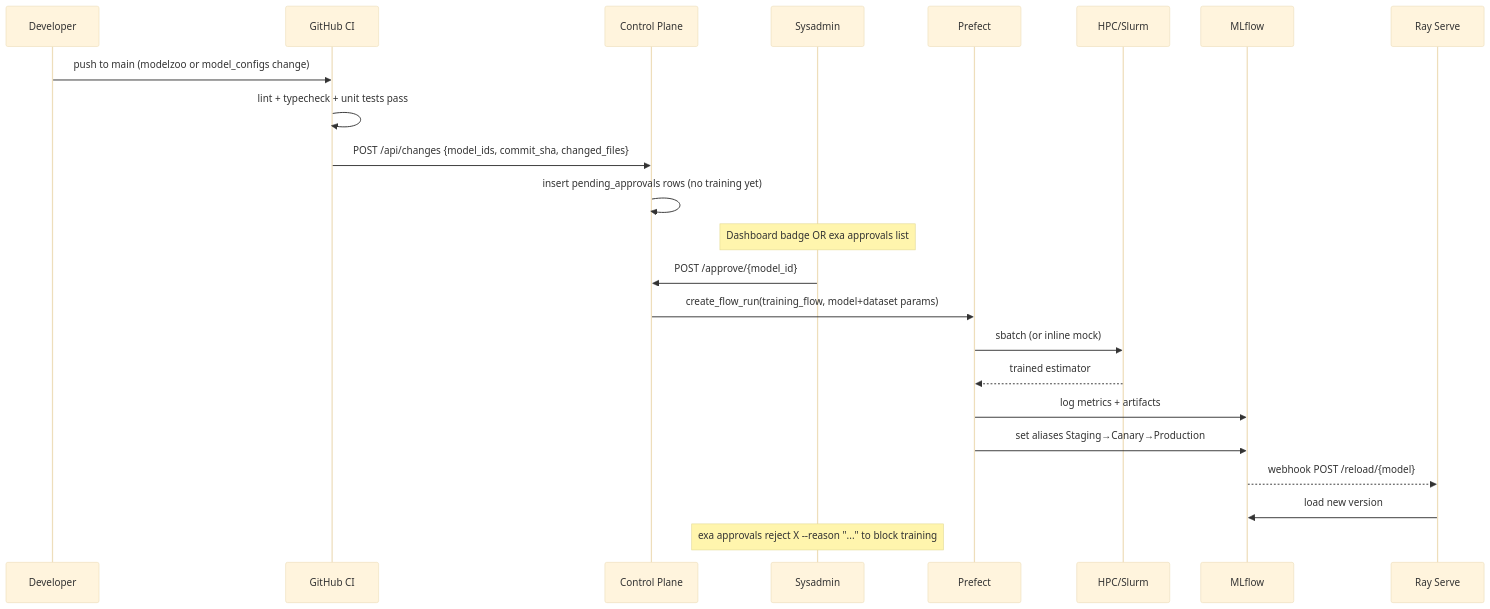
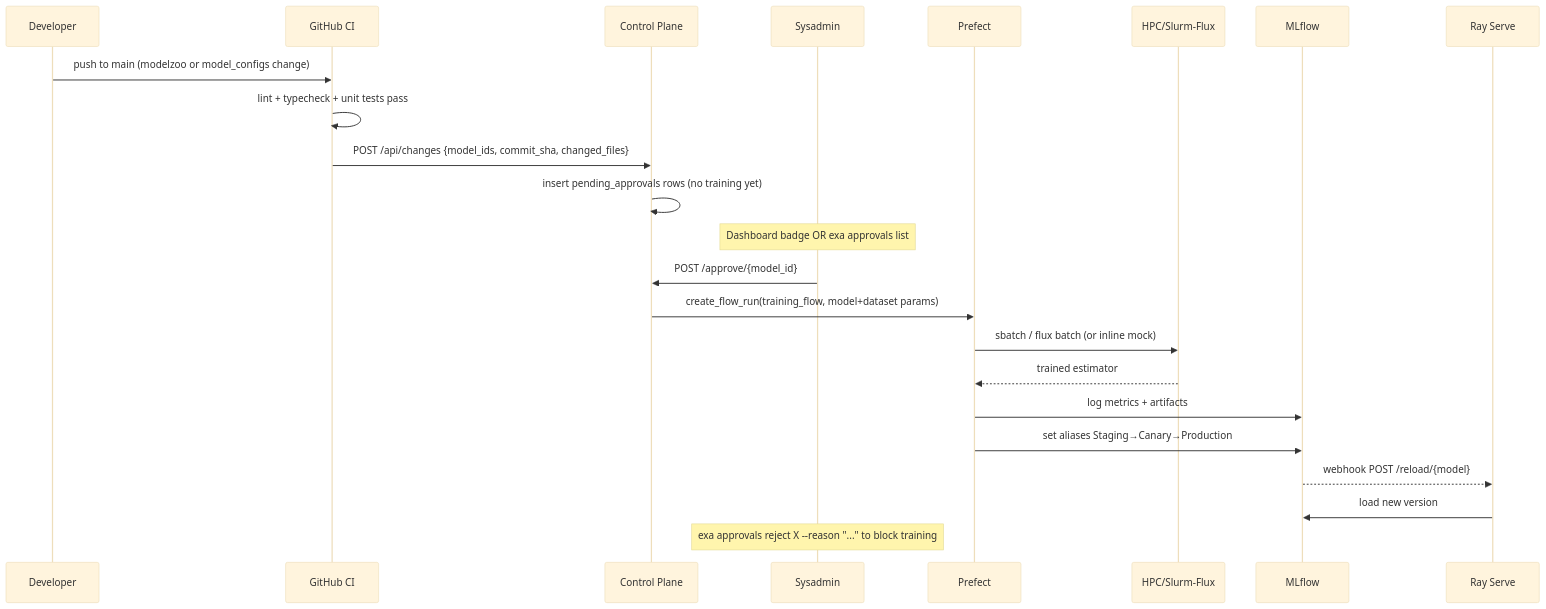
The third of 3 diagrams in docs/guides/architecture.md (MSKazemi/ExaMLOps), drawn with Mermaid (base theme) before and after one commit. The commit also changed other lines of this file and 40 other files, not shown here.

````diff
--- a/docs/guides/architecture.md
+++ b/docs/guides/architecture.md
@@ -154,26 +154,26 @@
 ```mermaid
 sequenceDiagram
     participant Dev as Developer
     participant GH as GitHub CI
     participant CP as Control Plane
     participant SA as Sysadmin
     participant Prefect as Prefect
-    participant HPC as HPC/Slurm
+    participant HPC as HPC/Slurm-Flux
     participant ML as MLflow
     participant Ray as Ray Serve
 
     Dev->>GH: push to main (modelzoo or model_configs change)
     GH->>GH: lint + typecheck + unit tests pass
     GH->>CP: POST /api/changes {model_ids, commit_sha, changed_files}
     CP->>CP: insert pending_approvals rows (no training yet)
     Note over SA: Dashboard badge OR exa approvals list
     SA->>CP: POST /approve/{model_id}
     CP->>Prefect: create_flow_run(training_flow, model+dataset params)
-    Prefect->>HPC: sbatch (or inline mock)
+    Prefect->>HPC: sbatch / flux batch (or inline mock)
     HPC-->>Prefect: trained estimator
     Prefect->>ML: log metrics + artifacts
     Prefect->>ML: set aliases Staging→Canary→Production
     ML-->>Ray: webhook POST /reload/{model}
     Ray->>ML: load new version
     Note over SA: exa approvals reject X --reason "..." to block training
 ```
````
